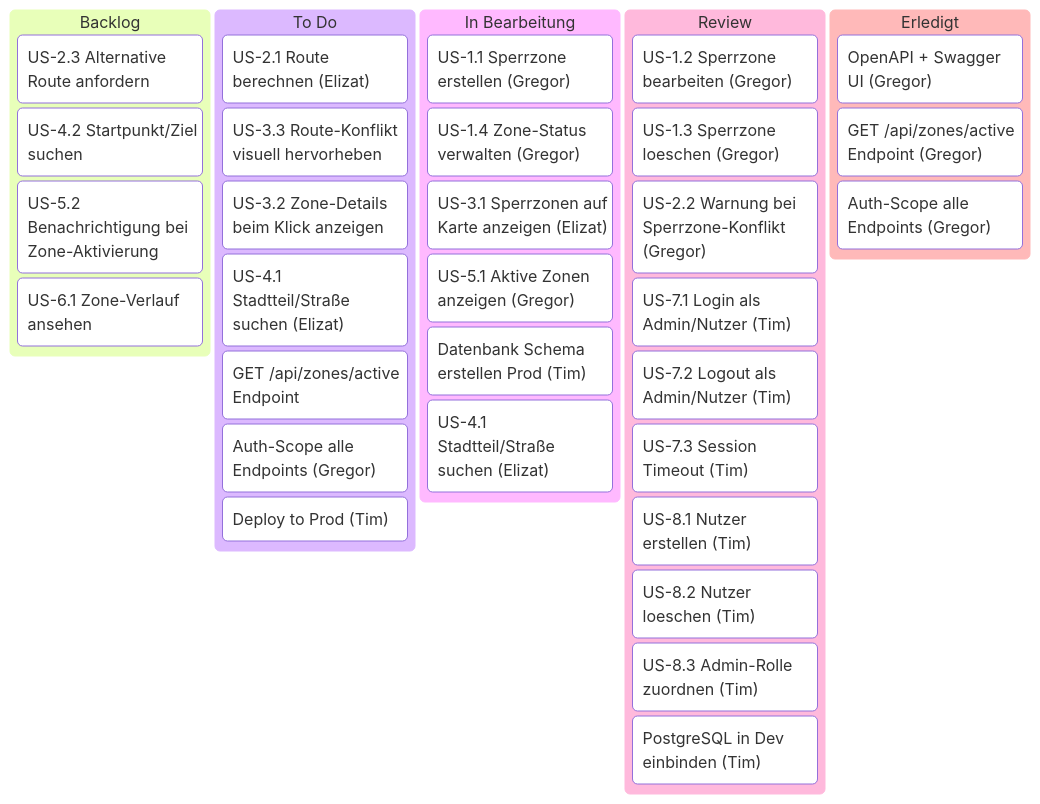
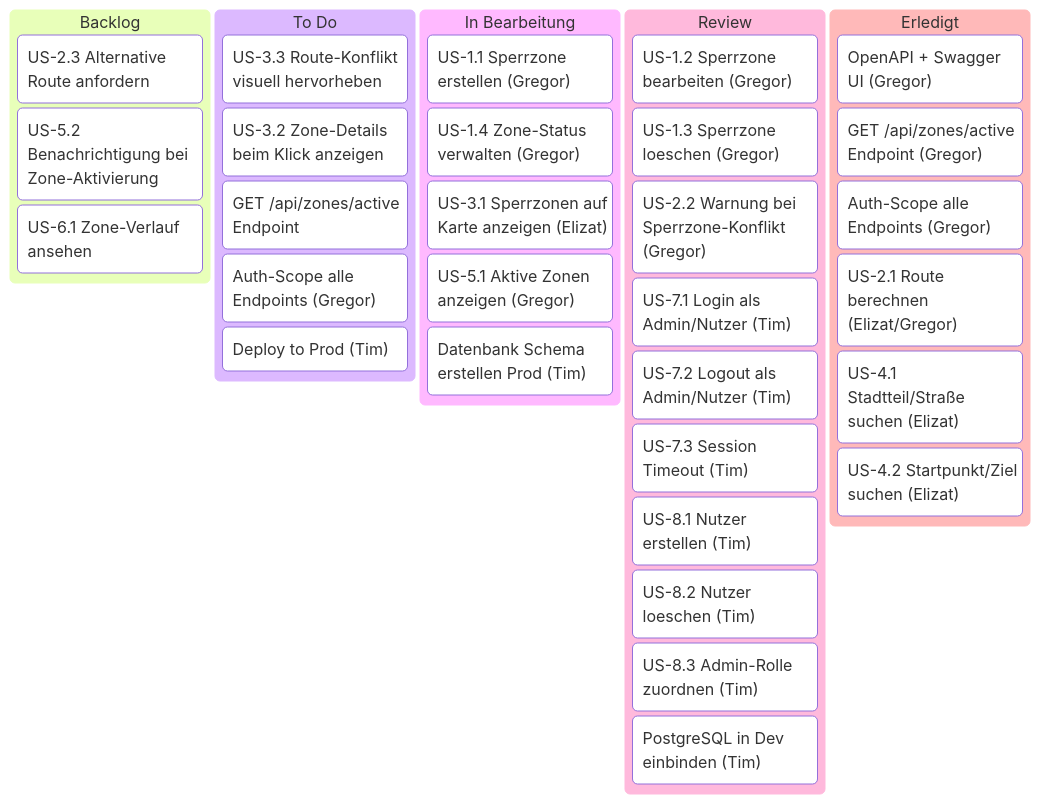
Before and after one commit to g8rdier/urban-flow-governance: the diagram in docs/project/PLAN.md, drawn with Mermaid. The commit also changed other lines of this file, not shown here.

Commit message:
docs: update kanban with completed frontend routing and geocoding tasks

````diff
--- a/docs/project/PLAN.md
+++ b/docs/project/PLAN.md
@@ -15,47 +15,46 @@
 ```mermaid
 ---
 config:
   kanban:
     ticketBaseUrl: ''
 ---
 kanban
   Backlog
     b1[US-2.3 Alternative Route anfordern]
-    b2[US-4.2 Startpunkt/Ziel suchen]
     b3[US-5.2 Benachrichtigung bei Zone-Aktivierung]
     b4[US-6.1 Zone-Verlauf ansehen]
 
   ToDo[To Do]
-    t1["US-2.1 Route berechnen (Elizat)"]
     t2[US-3.3 Route-Konflikt visuell hervorheben]
     t3[US-3.2 Zone-Details beim Klick anzeigen]
-    t4["US-4.1 Stadtteil/Straße suchen (Elizat)"]
     t5["GET /api/zones/active Endpoint"]
     t6["Auth-Scope alle Endpoints (Gregor)"]
     t8["Deploy to Prod (Tim)"]
 
   InProgress[In Bearbeitung]
     p1["US-1.1 Sperrzone erstellen (Gregor)"]
     p2["US-1.4 Zone-Status verwalten (Gregor)"]
     p3["US-3.1 Sperrzonen auf Karte anzeigen (Elizat)"]
     p4["US-5.1 Aktive Zonen anzeigen (Gregor)"]
     t7["Datenbank Schema erstellen Prod (Tim)"]
-    t4["US-4.1 Stadtteil/Straße suchen (Elizat)"]
 
   Review
     r1["US-1.2 Sperrzone bearbeiten (Gregor)"]
     r2["US-1.3 Sperrzone loeschen (Gregor)"]
     r3["US-2.2 Warnung bei Sperrzone-Konflikt (Gregor)"]
     r4["US-7.1 Login als Admin/Nutzer (Tim)"]
     r5["US-7.2 Logout als Admin/Nutzer (Tim)"]
     r6["US-7.3 Session Timeout (Tim)"]
     r7["US-8.1 Nutzer erstellen (Tim)"]
     r8["US-8.2 Nutzer loeschen (Tim)"]
     r9["US-8.3 Admin-Rolle zuordnen (Tim)"]
     p5["PostgreSQL in Dev einbinden (Tim)"]
 
   Erledigt
     d1["OpenAPI + Swagger UI (Gregor)"]
     d2["GET /api/zones/active Endpoint (Gregor)"]
     d3["Auth-Scope alle Endpoints (Gregor)"]
+    d4["US-2.1 Route berechnen (Elizat/Gregor)"]
+    d5["US-4.1 Stadtteil/Straße suchen (Elizat)"]
+    d6["US-4.2 Startpunkt/Ziel suchen (Elizat)"]
 ```
````
